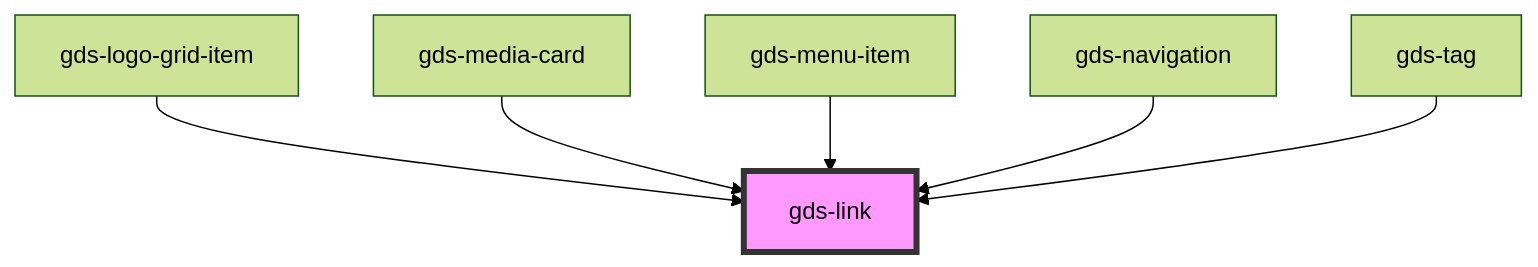
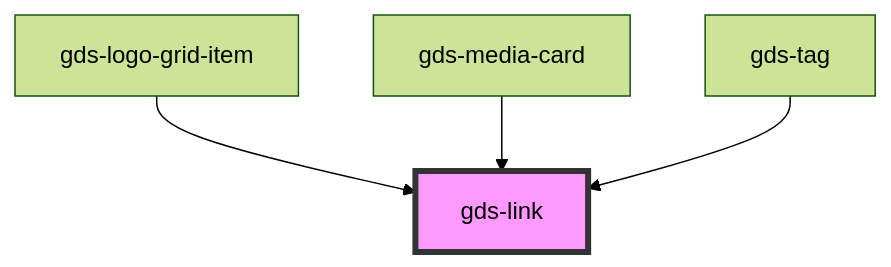
The diagram in src/components/gds-link/readme.md (generoi/genero-design-system), drawn with Mermaid (forest theme) before and after one commit. The commit also changed other lines of this file and 19 other files, not shown here.

First line of the commit message:
feat: modified gds-navigation to be SEO friendly

````diff
--- a/src/components/gds-link/readme.md
+++ b/src/components/gds-link/readme.md
@@ -26,9 +24,7 @@
 ```mermaid
 graph TD;
   gds-logo-grid-item --> gds-link
   gds-media-card --> gds-link
-  gds-menu-item --> gds-link
-  gds-navigation --> gds-link
   gds-tag --> gds-link
   style gds-link fill:#f9f,stroke:#333,stroke-width:4px
 ```
````
